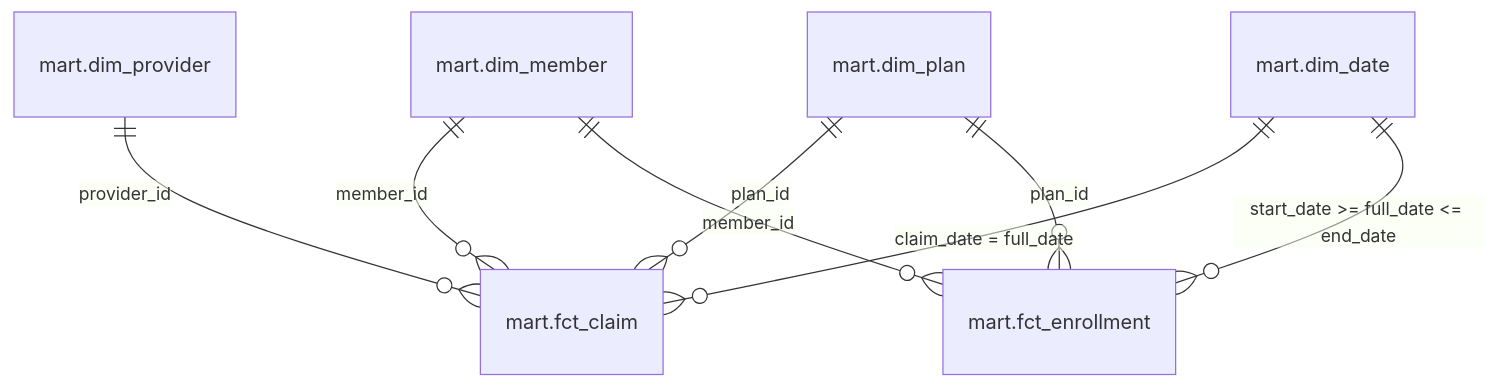
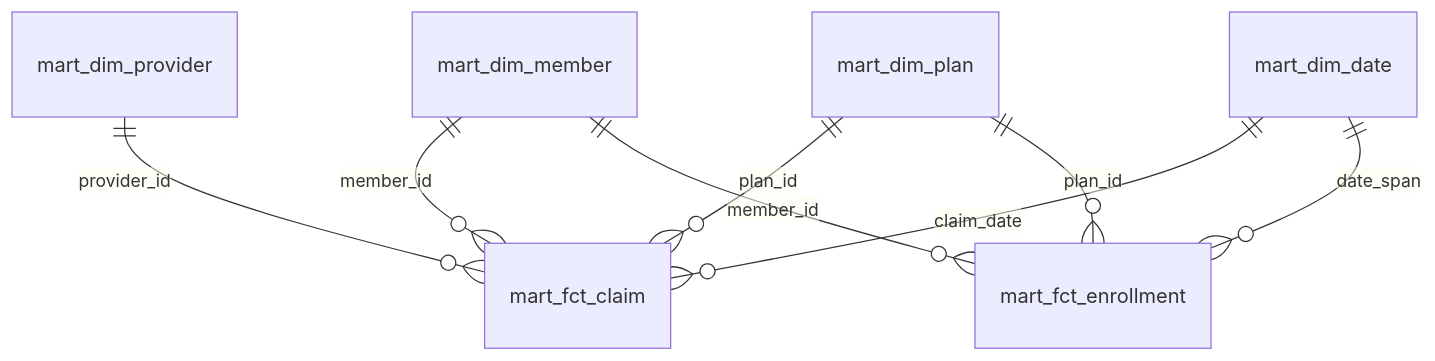
One commit to garthmortensen/aca_health changed the second of 4 diagrams in README.md. Above: the diagram before and after it, drawn with Mermaid. The commit also changed other lines of this file and 1 other file, not shown here.

Commit message:
fix(ERD): replace . with _

````diff
--- a/README.md
+++ b/README.md
@@ -112,10 +112,10 @@
 ```mermaid
 erDiagram
-    mart.dim_member ||--o{ mart.fct_claim : "member_id"
-    mart.dim_provider ||--o{ mart.fct_claim : "provider_id"
-    mart.dim_plan ||--o{ mart.fct_claim : "plan_id"
-    mart.dim_member ||--o{ mart.fct_enrollment : "member_id"
-    mart.dim_plan ||--o{ mart.fct_enrollment : "plan_id"
-    mart.dim_date ||--o{ mart.fct_claim : "claim_date = full_date"
-    mart.dim_date ||--o{ mart.fct_enrollment : "start_date >= full_date <= end_date" 
+  mart_dim_member ||--o{ mart_fct_claim : "member_id"
+  mart_dim_provider ||--o{ mart_fct_claim : "provider_id"
+  mart_dim_plan ||--o{ mart_fct_claim : "plan_id"
+  mart_dim_member ||--o{ mart_fct_enrollment : "member_id"
+  mart_dim_plan ||--o{ mart_fct_enrollment : "plan_id"
+  mart_dim_date ||--o{ mart_fct_claim : "claim_date"
+  mart_dim_date ||--o{ mart_fct_enrollment : "date_span" 
 ```
````
